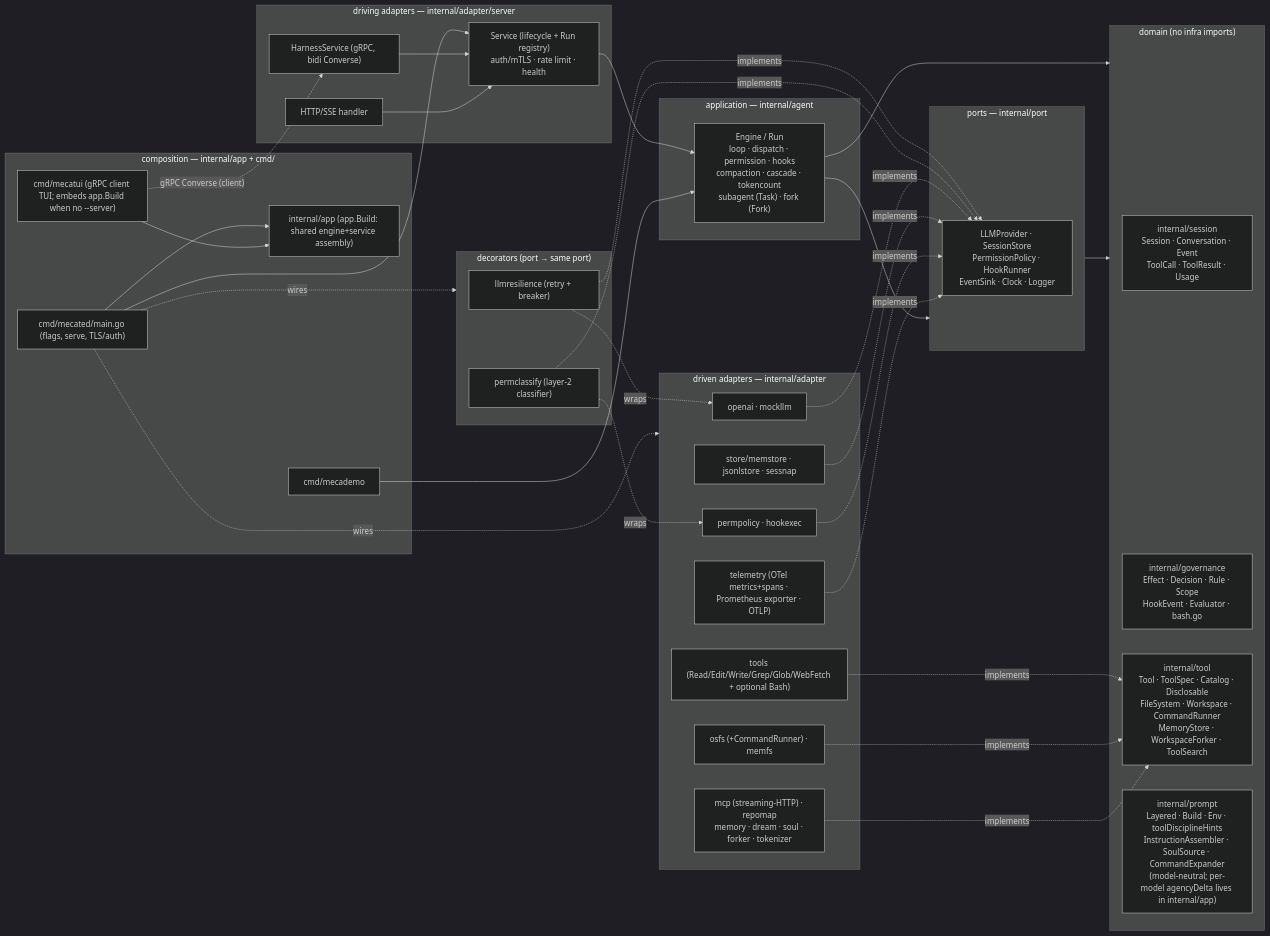
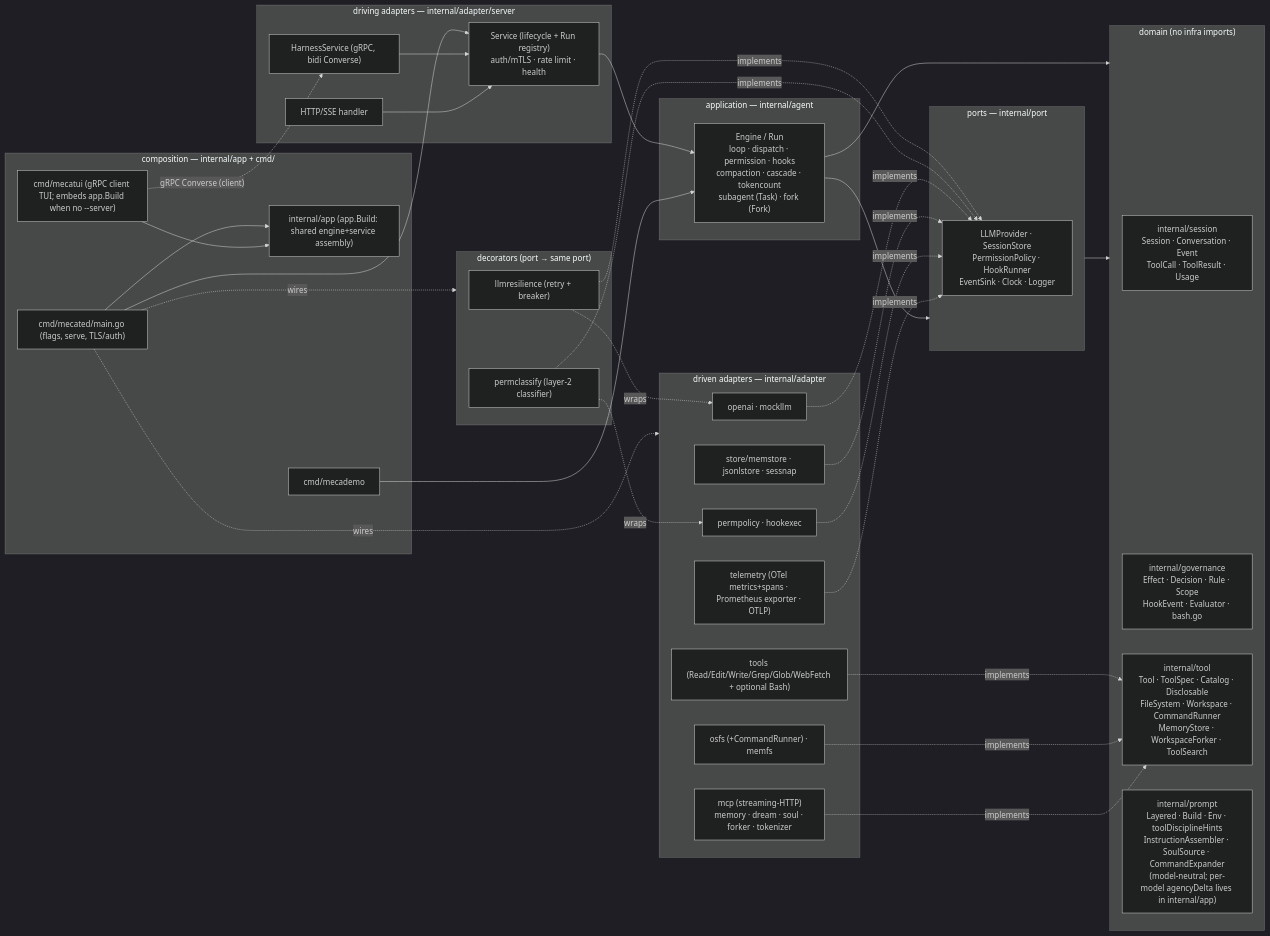
The first of 4 diagrams in docs/architecture.md (sabbanis/mecatl), drawn with Mermaid (dark theme) before and after one commit. The commit also changed other lines of this file and 30 other files, not shown here.

````diff
--- a/docs/architecture.md
+++ b/docs/architecture.md
@@ -41,69 +41,69 @@
 ```mermaid
 flowchart LR
   subgraph CMD["composition — internal/app + cmd/"]
     app["internal/app (app.Build: shared engine+service assembly)"]
     mecated["cmd/mecated/main.go (flags, serve, TLS/auth)"]
     demo["cmd/mecademo"]
     tui["cmd/mecatui (gRPC client TUI; embeds app.Build when no --server)"]
     mecated --> app
     tui --> app
   end
 
   subgraph DRIVING["driving adapters — internal/adapter/server"]
     grpc["HarnessService (gRPC, bidi Converse)"]
     http["HTTP/SSE handler"]
     svc["Service (lifecycle + Run registry)\nauth/mTLS · rate limit · health"]
   end
 
   subgraph APP["application — internal/agent"]
     engine["Engine / Run\nloop · dispatch · permission · hooks\ncompaction · cascade · tokencount\nsubagent (Task) · fork (Fork)"]
   end
 
   subgraph PORTS["ports — internal/port"]
     p["LLMProvider · SessionStore\nPermissionPolicy · HookRunner\nEventSink · Clock · Logger"]
   end
 
   subgraph DOMAIN["domain (no infra imports)"]
     sess["internal/session\nSession · Conversation · Event\nToolCall · ToolResult · Usage"]
     gov["internal/governance\nEffect · Decision · Rule · Scope\nHookEvent · Evaluator · bash.go"]
     tl["internal/tool\nTool · ToolSpec · Catalog · Disclosable\nFileSystem · Workspace · CommandRunner\nMemoryStore · WorkspaceForker · ToolSearch"]
     pr["internal/prompt\nLayered · Build · Env · toolDisciplineHints\nInstructionAssembler · SoulSource · CommandExpander\n(model-neutral; per-model agencyDelta lives in internal/app)"]
   end
 
   subgraph DECOR["decorators (port → same port)"]
     res["llmresilience (retry + breaker)"]
     pc["permclassify (layer-2 classifier)"]
   end
 
   subgraph DRIVEN["driven adapters — internal/adapter"]
     oai["openai · mockllm"]
     fs["osfs (+CommandRunner) · memfs"]
     st["store/memstore · jsonlstore · sessnap"]
     tools["tools (Read/Edit/Write/Grep/Glob/WebFetch + optional Bash)"]
     pp["permpolicy · hookexec"]
     tel["telemetry (OTel metrics+spans · Prometheus exporter · OTLP)"]
-    ext["mcp (streaming-HTTP) · repomap\nmemory · dream · soul · forker · tokenizer"]
+    ext["mcp (streaming-HTTP)\nmemory · dream · soul · forker · tokenizer"]
   end
 
   mecated --> svc --> engine
   demo --> engine
   tui -. "gRPC Converse (client)" .-> grpc
   grpc --> svc
   http --> svc
   engine --> PORTS
   engine --> DOMAIN
   PORTS --> DOMAIN
   res -.wraps.-> oai
   res -.implements.-> p
   pc -.wraps.-> pp
   pc -.implements.-> p
   oai -.implements.-> p
   st -.implements.-> p
   pp -.implements.-> p
   tel -.implements.-> p
   tools -.implements.-> tl
   fs -.implements.-> tl
   ext -.implements.-> tl
   mecated -. wires .-> DRIVEN
   mecated -. wires .-> DECOR
 ```
````
